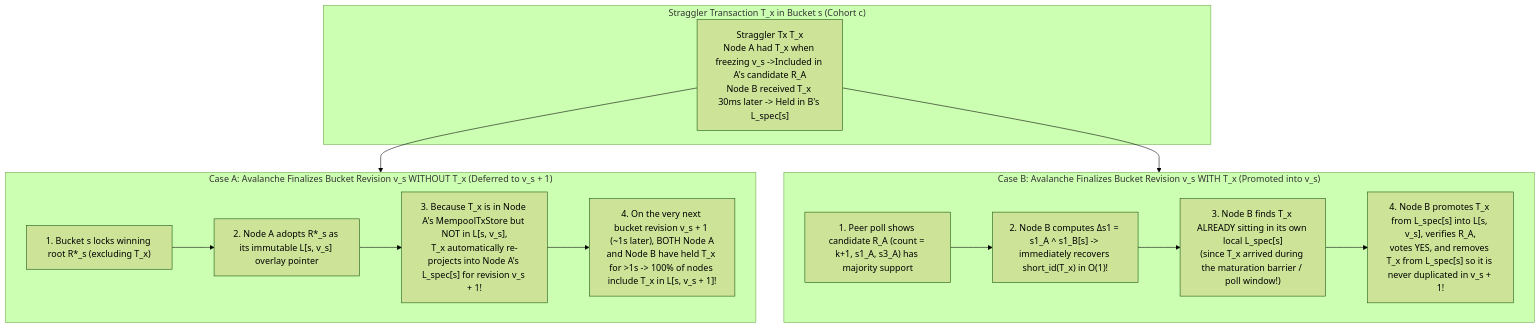
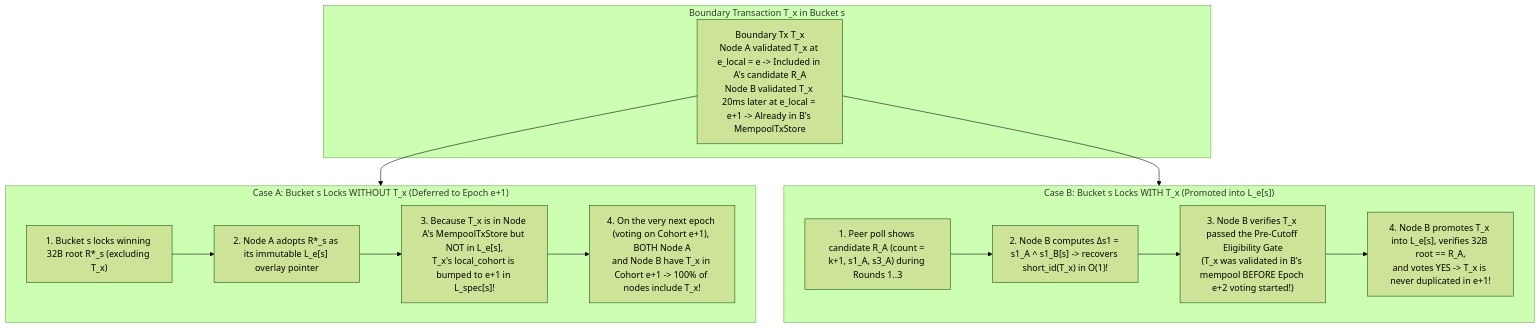
One commit to givelotus/lotus changed the fourth of 9 diagrams in docs/plans/lotus-v2-bulk-preconsensus-and-mempool-overlays.md. Above: the diagram before and after it, drawn with Mermaid (forest theme). The commit also changed other lines of this file, not shown here.

Commit message:
docs(v2): harden bulk pre-consensus spec against 9 adversarial attacks and add 5-phase C++ implementation plan

````diff
--- a/docs/plans/lotus-v2-bulk-preconsensus-and-mempool-overlays.md
+++ b/docs/plans/lotus-v2-bulk-preconsensus-and-mempool-overlays.md
@@ -308,25 +336,25 @@
 ```mermaid
 flowchart TD
-    subgraph Boundary["Straggler Transaction T_x in Bucket s (Cohort c)"]
-        Tx["Straggler Tx T_x<br/>Node A had T_x when freezing v_s ->Included in A's candidate R_A<br/>Node B received T_x 30ms later -> Held in B's L_spec[s]"]
+    subgraph Boundary["Boundary Transaction T_x in Bucket s"]
+        Tx["Boundary Tx T_x<br/>Node A validated T_x at e_local = e -> Included in A's candidate R_A<br/>Node B validated T_x 20ms later at e_local = e+1 -> Already in B's MempoolTxStore"]
     end
 
-    subgraph CaseA["Case A: Avalanche Finalizes Bucket Revision v_s WITHOUT T_x (Deferred to v_s + 1)"]
-        CA1["1. Bucket s locks winning root R*_s (excluding T_x)"]
-        CA2["2. Node A adopts R*_s as its immutable L[s, v_s] overlay pointer"]
-        CA3["3. Because T_x is in Node A's MempoolTxStore but NOT in L[s, v_s],<br/>T_x automatically re-projects into Node A's L_spec[s] for revision v_s + 1!"]
-        CA4["4. On the very next bucket revision v_s + 1 (~1s later), BOTH Node A<br/>and Node B have held T_x for >1s -> 100% of nodes include T_x in L[s, v_s + 1]!"]
+    subgraph CaseA["Case A: Bucket s Locks WITHOUT T_x (Deferred to Epoch e+1)"]
+        CA1["1. Bucket s locks winning 32B root R*_s (excluding T_x)"]
+        CA2["2. Node A adopts R*_s as its immutable L_e[s] overlay pointer"]
+        CA3["3. Because T_x is in Node A's MempoolTxStore but NOT in L_e[s],<br/>T_x's local_cohort is bumped to e+1 in L_spec[s]!"]
+        CA4["4. On the very next epoch (voting on Cohort e+1), BOTH Node A<br/>and Node B have T_x in Cohort e+1 -> 100% of nodes include T_x!"]
         CA1 --> CA2 --> CA3 --> CA4
     end
 
-    subgraph CaseB["Case B: Avalanche Finalizes Bucket Revision v_s WITH T_x (Promoted into v_s)"]
-        CB1["1. Peer poll shows candidate R_A (count = k+1, s1_A, s3_A) has majority support"]
-        CB2["2. Node B computes Δs1 = s1_A ^ s1_B[s] -> immediately recovers short_id(T_x) in O(1)!"]
-        CB3["3. Node B finds T_x ALREADY sitting in its own local L_spec[s]<br/>(since T_x arrived during the maturation barrier / poll window!)"]
-        CB4["4. Node B promotes T_x from L_spec[s] into L[s, v_s], verifies R_A,<br/>votes YES, and removes T_x from L_spec[s] so it is never duplicated in v_s + 1!"]
+    subgraph CaseB["Case B: Bucket s Locks WITH T_x (Promoted into L_e[s])"]
+        CB1["1. Peer poll shows candidate R_A (count = k+1, s1_A, s3_A) during Rounds 1..3"]
+        CB2["2. Node B computes Δs1 = s1_A ^ s1_B[s] -> recovers short_id(T_x) in O(1)!"]
+        CB3["3. Node B verifies T_x passed the Pre-Cutoff Eligibility Gate<br/>(T_x was validated in B's mempool BEFORE Epoch e+2 voting started!)"]
+        CB4["4. Node B promotes T_x into L_e[s], verifies 32B root == R_A,<br/>and votes YES -> T_x is never duplicated in e+1!"]
         CB1 --> CB2 --> CB3 --> CB4
     end
 
     Tx --> CaseA
     Tx --> CaseB
 ```
````
